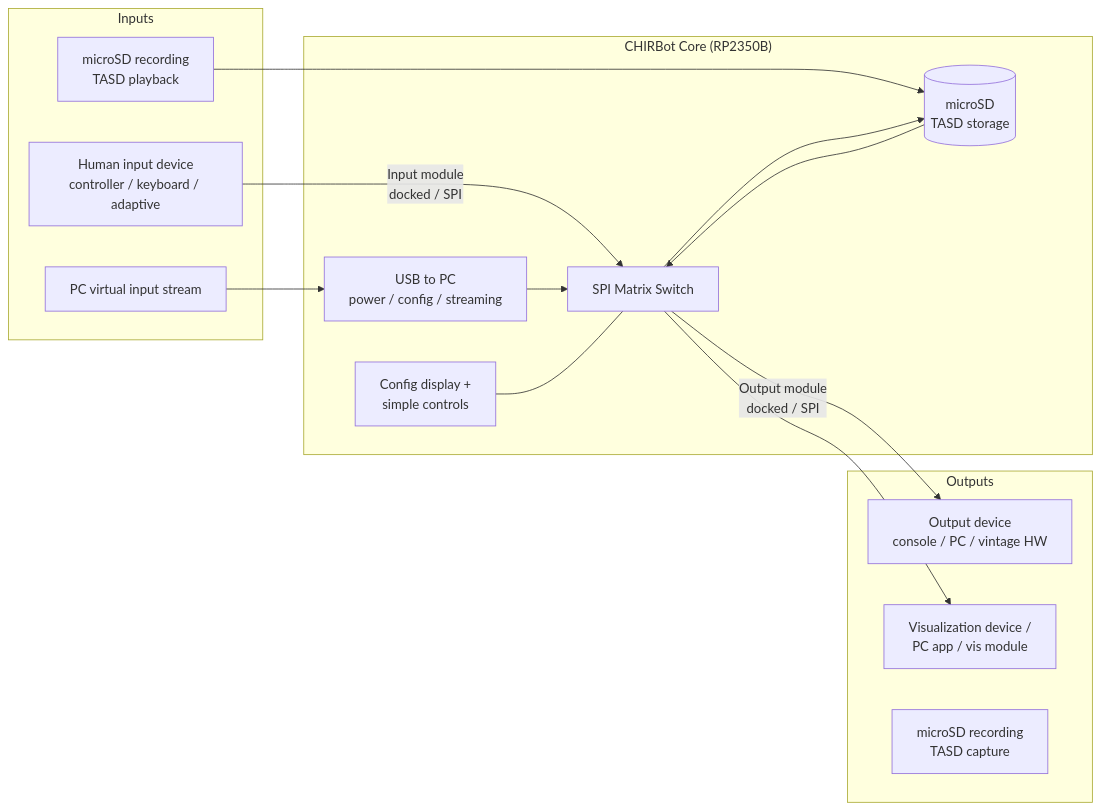
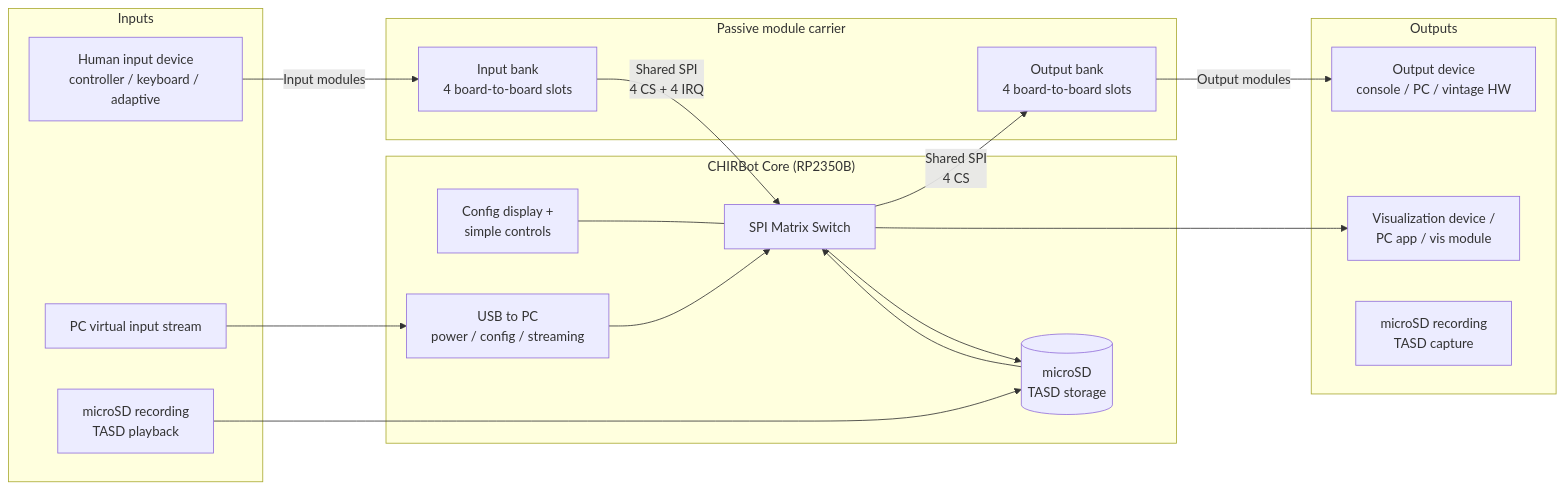
One commit to Fortinbra/CHIRBot changed the diagram in docs/ARCHITECTURE.md. Above: the diagram before and after it, drawn with Mermaid. The commit also changed other lines of this file and 32 other files, not shown here.

First line of the commit message:
Refactor hardware documentation and add new module carrier design

````diff
--- a/docs/ARCHITECTURE.md
+++ b/docs/ARCHITECTURE.md
@@ -33,29 +35,36 @@
 ```mermaid
 flowchart LR
     subgraph Inputs
         HID[Human input device<br/>controller / keyboard / adaptive]
         PC_IN[PC virtual input stream]
         SD_IN[microSD recording<br/>TASD playback]
     end
 
     subgraph Core["CHIRBot Core (RP2350B)"]
         MATRIX[SPI Matrix Switch]
         DISP[Config display +<br/>simple controls]
         SD[(microSD<br/>TASD storage)]
         USB[USB to PC<br/>power / config / streaming]
     end
 
+      subgraph Carrier["Passive module carrier"]
+        IN_BANK[Input bank<br/>4 board-to-board slots]
+        OUT_BANK[Output bank<br/>4 board-to-board slots]
+      end
+
     subgraph Outputs
         OUT[Output device<br/>console / PC / vintage HW]
         VIS[Visualization device /<br/>PC app / vis module]
         SD_OUT[microSD recording<br/>TASD capture]
     end
 
-    HID -->|Input module<br/>docked / SPI| MATRIX
+    HID -->|Input modules| IN_BANK
+    IN_BANK -->|Shared SPI<br/>4 CS + 4 IRQ| MATRIX
     PC_IN --> USB --> MATRIX
     SD_IN --> SD --> MATRIX
-    MATRIX -->|Output module<br/>docked / SPI| OUT
+    MATRIX -->|Shared SPI<br/>4 CS| OUT_BANK
+    OUT_BANK -->|Output modules| OUT
     MATRIX --> VIS
     MATRIX --> SD
     DISP --- MATRIX
 ```
````
